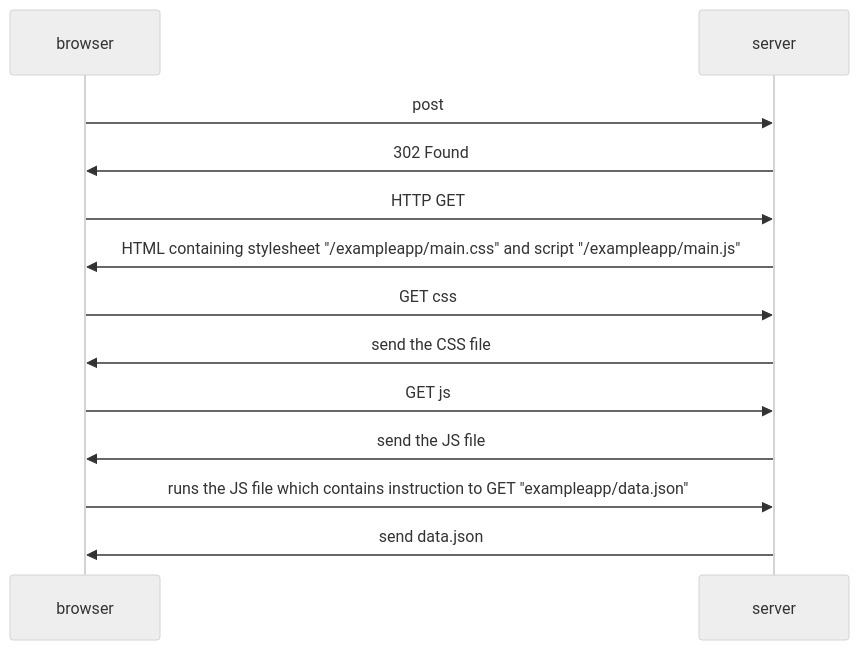
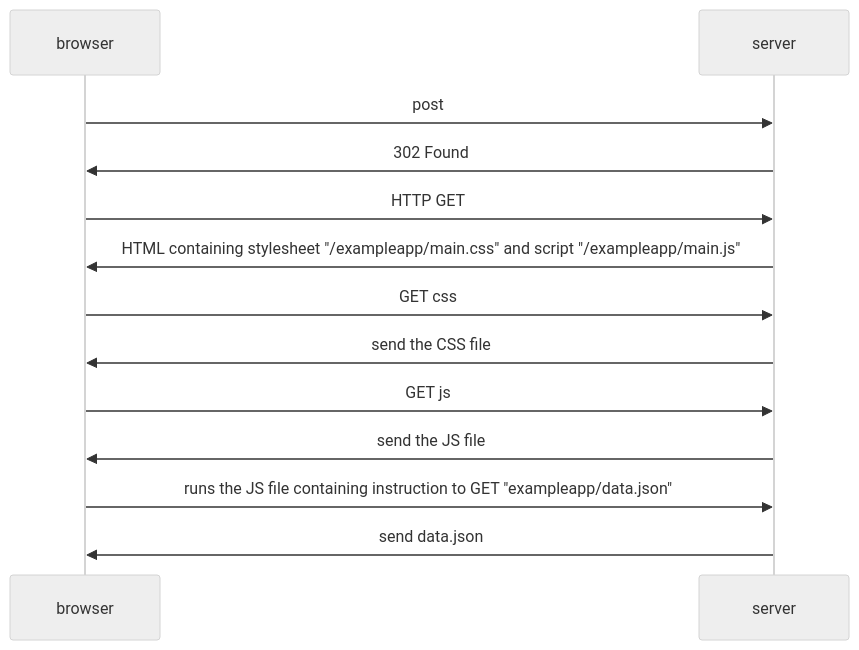
The diagram in part0/exercise-0.4.md (irzadi/fullstackopen), drawn with Mermaid (neutral theme) before and after one commit. The commit also changed 2 other files, not shown here.

Commit message:
exercise part 0 done

````diff
--- a/part0/exercise-0.4.md
+++ b/part0/exercise-0.4.md
@@ -1,15 +1,15 @@
 ```mermaid
 sequenceDiagram
     participant browser
     participant server
     browser->>server: post
     server->>browser: 302 Found
     browser->>server: HTTP GET
     server->>browser: HTML containing stylesheet "/exampleapp/main.css" and script "/exampleapp/main.js"
     browser->>server: GET css
     server->>browser: send the CSS file
     browser->>server: GET js
     server->>browser: send the JS file
-    browser->>server: runs the JS file which contains instruction to GET "exampleapp/data.json"
+    browser->>server: runs the JS file containing instruction to GET "exampleapp/data.json"
     server->>browser: send data.json
 ```
````
